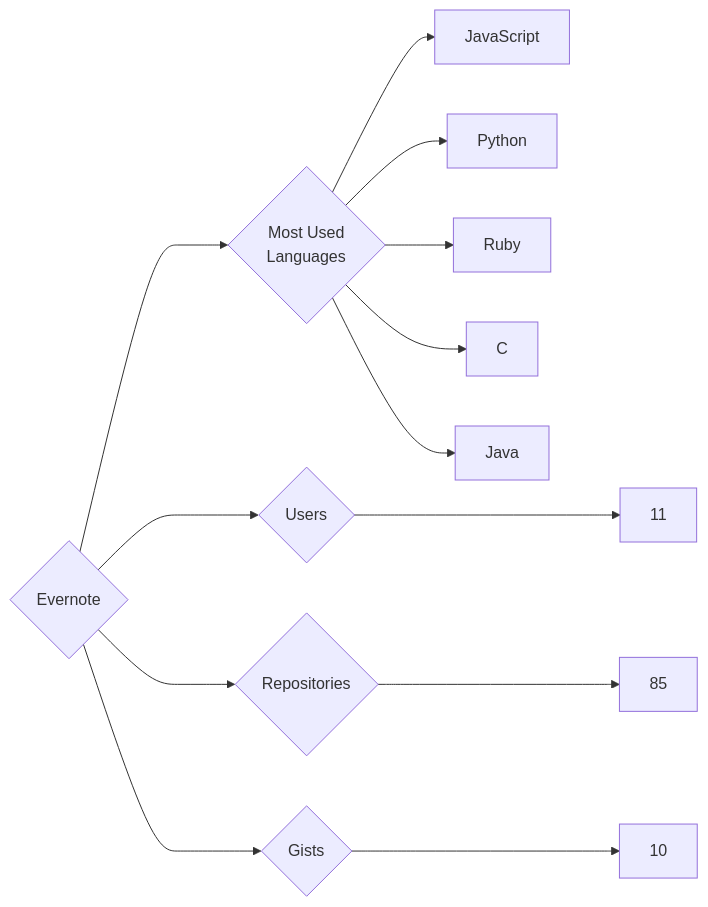
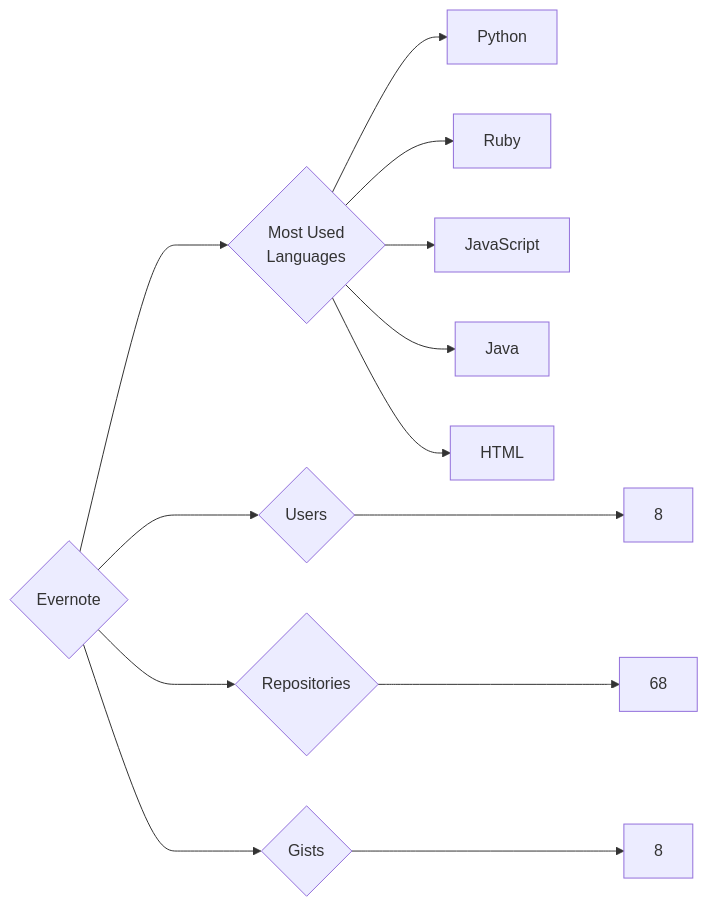
Before and after one commit to trickest/insiders: the diagram in targets/Evernote/README.md, drawn with Mermaid. The commit also changed 880 other files, not shown here.

````diff
--- a/targets/Evernote/README.md
+++ b/targets/Evernote/README.md
@@ -3,13 +3,13 @@
 ```mermaid
 graph LR
 COMPANY_NAME{Evernote}
-COMPANY_NAME ---> U{Users} ---> UN[11]
-COMPANY_NAME ---> R{Repositories} ---> RN[85]
-COMPANY_NAME ---> G{Gists} ---> GN[10]
+COMPANY_NAME ---> U{Users} ---> UN[8]
+COMPANY_NAME ---> R{Repositories} ---> RN[68]
+COMPANY_NAME ---> G{Gists} ---> GN[8]
 COMPANY_NAME ---> ML{Most Used<br>Languages}
-ML --> JavaScript[JavaScript]
 ML --> Python[Python]
 ML --> Ruby[Ruby]
-ML --> C[C]
+ML --> JavaScript[JavaScript]
 ML --> Java[Java]
+ML --> HTML[HTML]
 ```
````
